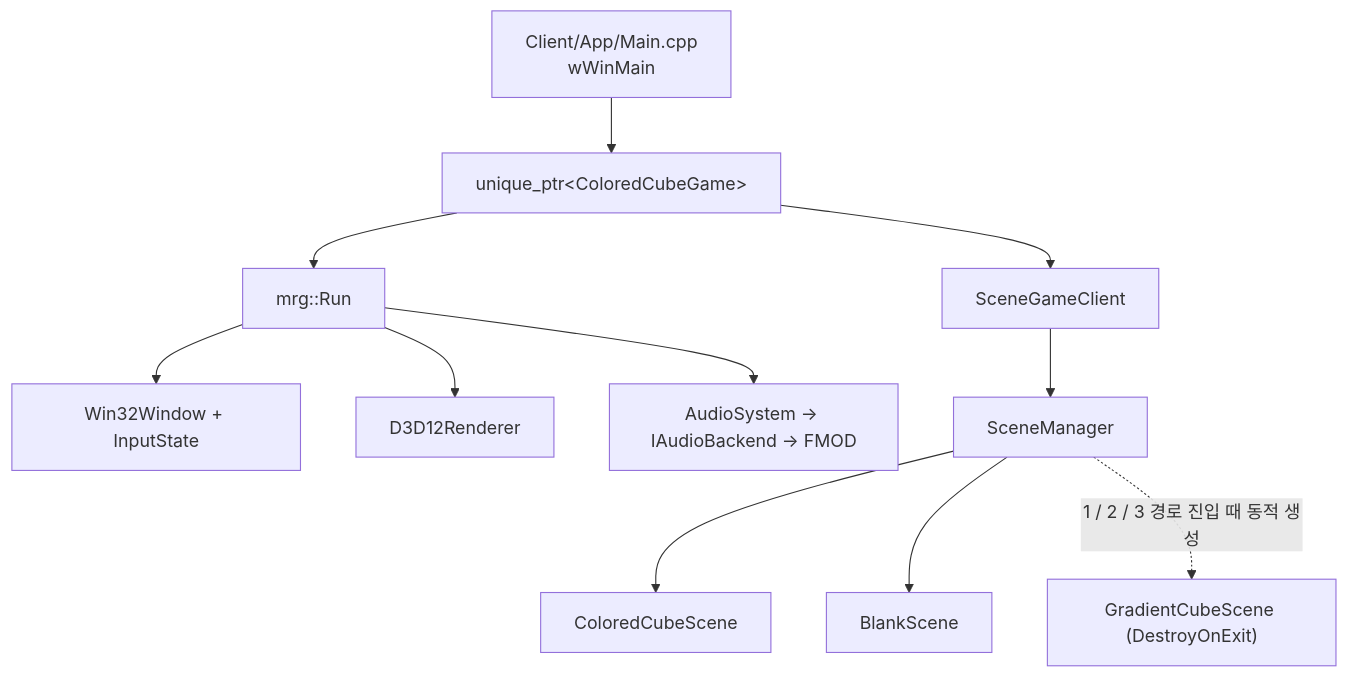
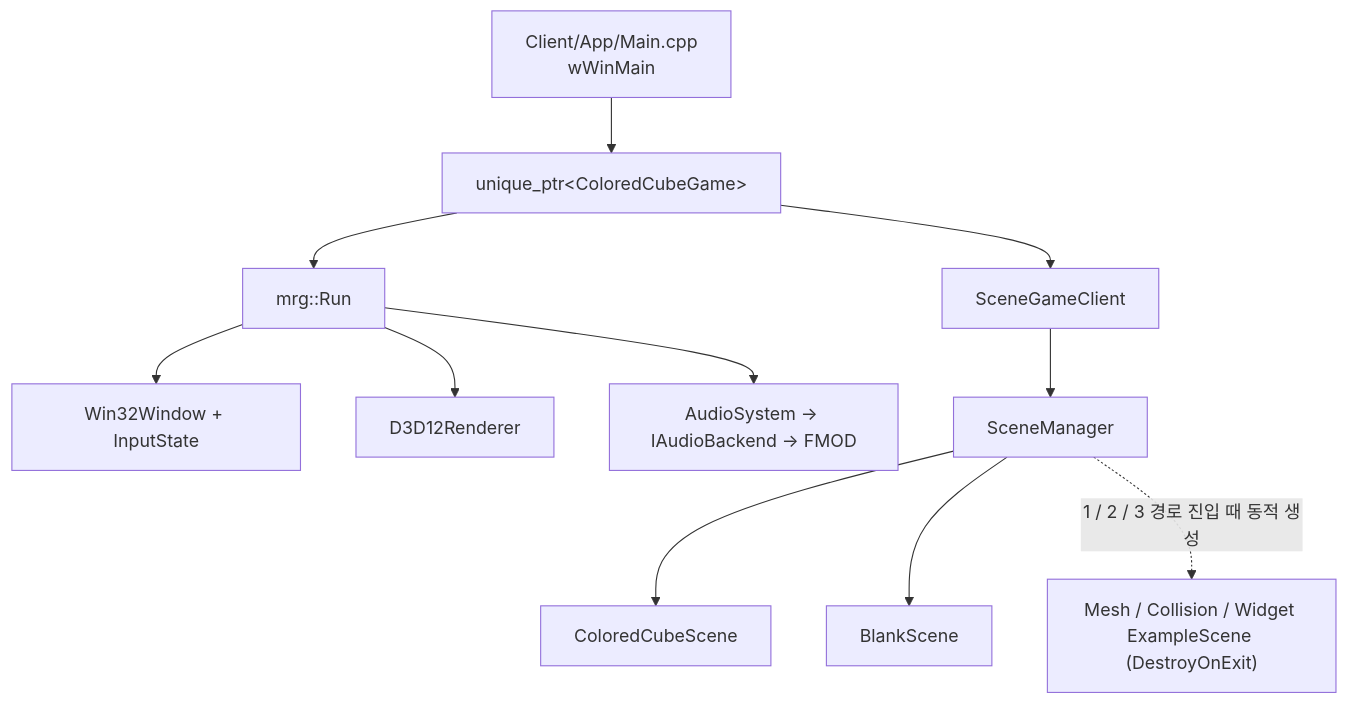
One commit to 4dblackhole/MyRhythmGame-Client changed the first of 2 diagrams in Docs/ExecutionFlow.md. Above: the diagram before and after it, drawn with Mermaid. The commit also changed other lines of this file and 16 other files, not shown here.

````diff
--- a/Docs/ExecutionFlow.md
+++ b/Docs/ExecutionFlow.md
@@ -10,13 +10,13 @@
 ```mermaid
 flowchart TD
     Entry["Client/App/Main.cpp\nwWinMain"] --> Client["unique_ptr&lt;ColoredCubeGame&gt;"]
     Client --> Run["mrg::Run"]
     Run --> Window["Win32Window + InputState"]
     Run --> Renderer["D3D12Renderer"]
     Run --> Audio["AudioSystem → IAudioBackend → FMOD"]
     Client --> SceneClient["SceneGameClient"]
     SceneClient --> Manager["SceneManager"]
     Manager --> Cube["ColoredCubeScene"]
     Manager --> Blank["BlankScene"]
-    Manager -. "1 / 2 / 3 경로 진입 때 동적 생성" .-> Gradient["GradientCubeScene (DestroyOnExit)"]
+    Manager -. "1 / 2 / 3 경로 진입 때 동적 생성" .-> Examples["Mesh / Collision / Widget ExampleScene (DestroyOnExit)"]
 ```
````
